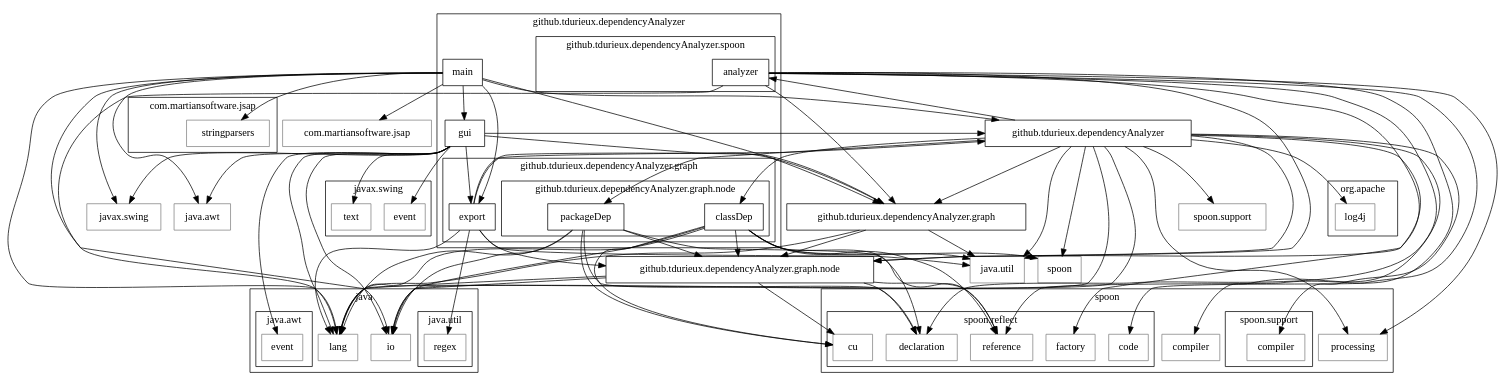
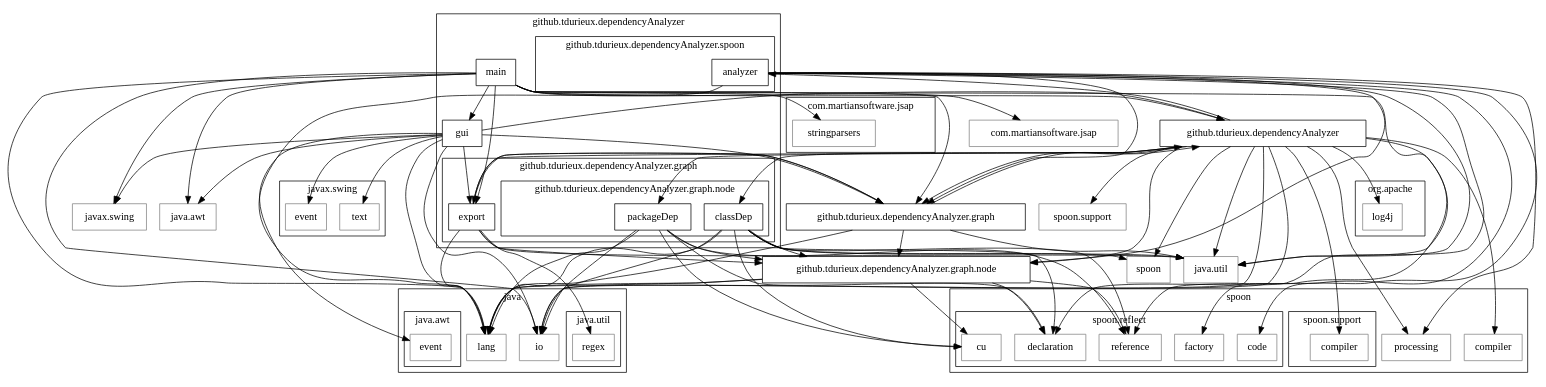
Before and after one commit to tdurieux/spoon-dependencies-analyzer: the diagram in examples/dependencyAnalyser-DependencyAnalyser.p2p.gv, drawn with Graphviz. The commit also changed 30 other files, not shown here.

```diff
--- a/examples/dependencyAnalyser-DependencyAnalyser.p2p.gv
+++ b/examples/dependencyAnalyser-DependencyAnalyser.p2p.gv
@@ -1,157 +1,160 @@
 digraph G {
 	node [shape=box]; compound=true; ratio=fill;
 	"spoon.support" [color=grey];
 	"javax.swing.text" [color=grey];
 	"org.apache.log4j" [color=grey];
 	"java.util" [color=grey];
 	"github.tdurieux.dependencyAnalyzer.graph.node" -> "java.lang";
 	"github.tdurieux.dependencyAnalyzer.graph.node" -> "spoon.reflect.declaration";
 	"github.tdurieux.dependencyAnalyzer.graph.node" -> "spoon.reflect.cu";
 	"github.tdurieux.dependencyAnalyzer.graph.node" -> "java.io";
 	"github.tdurieux.dependencyAnalyzer.graph.node" -> "spoon.reflect.reference";
 	"github.tdurieux.dependencyAnalyzer.main" -> "java.lang";
 	"github.tdurieux.dependencyAnalyzer.main" -> "github.tdurieux.dependencyAnalyzer.gui";
 	"github.tdurieux.dependencyAnalyzer.main" -> "javax.swing";
 	"github.tdurieux.dependencyAnalyzer.main" -> "java.awt";
 	"github.tdurieux.dependencyAnalyzer.main" -> "com.martiansoftware.jsap.stringparsers";
 	"github.tdurieux.dependencyAnalyzer.main" -> "com.martiansoftware.jsap";
 	"github.tdurieux.dependencyAnalyzer.main" -> "java.io";
 	"github.tdurieux.dependencyAnalyzer.main" -> "github.tdurieux.dependencyAnalyzer";
 	"github.tdurieux.dependencyAnalyzer.main" -> "github.tdurieux.dependencyAnalyzer.graph";
 	"github.tdurieux.dependencyAnalyzer.main" -> "github.tdurieux.dependencyAnalyzer.graph.export";
+	"github.tdurieux.dependencyAnalyzer.main" -> "java.util";
 	"spoon" [color=grey];
 	"com.martiansoftware.jsap" [color=grey];
 	"javax.swing" [color=grey];
 	"github.tdurieux.dependencyAnalyzer.graph.node.packageDep" -> "github.tdurieux.dependencyAnalyzer.graph.node";
 	"github.tdurieux.dependencyAnalyzer.graph.node.packageDep" -> "spoon.reflect.reference";
 	"github.tdurieux.dependencyAnalyzer.graph.node.packageDep" -> "java.lang";
 	"github.tdurieux.dependencyAnalyzer.graph.node.packageDep" -> "spoon.reflect.declaration";
 	"github.tdurieux.dependencyAnalyzer.graph.node.packageDep" -> "spoon.reflect.cu";
 	"github.tdurieux.dependencyAnalyzer.graph.node.packageDep" -> "java.io";
 	"java.io" [color=grey];
 	"spoon.reflect.code" [color=grey];
 	"com.martiansoftware.jsap.stringparsers" [color=grey];
 	"java.util.regex" [color=grey];
 	"java.lang" [color=grey];
 	"javax.swing.event" [color=grey];
 	"java.awt.event" [color=grey];
 	"github.tdurieux.dependencyAnalyzer.graph.node.classDep" -> "github.tdurieux.dependencyAnalyzer.graph.node";
 	"github.tdurieux.dependencyAnalyzer.graph.node.classDep" -> "spoon.reflect.reference";
 	"github.tdurieux.dependencyAnalyzer.graph.node.classDep" -> "spoon.reflect.declaration";
 	"github.tdurieux.dependencyAnalyzer.graph.node.classDep" -> "java.util";
 	"github.tdurieux.dependencyAnalyzer.graph.node.classDep" -> "java.lang";
 	"github.tdurieux.dependencyAnalyzer.graph.node.classDep" -> "spoon";
 	"github.tdurieux.dependencyAnalyzer.graph.node.classDep" -> "spoon.reflect.cu";
 	"github.tdurieux.dependencyAnalyzer.graph.node.classDep" -> "java.io";
 	"spoon.reflect.factory" [color=grey];
 	"java.awt" [color=grey];
 	"github.tdurieux.dependencyAnalyzer.graph.export" -> "github.tdurieux.dependencyAnalyzer.graph";
 	"github.tdurieux.dependencyAnalyzer.graph.export" -> "github.tdurieux.dependencyAnalyzer";
 	"github.tdurieux.dependencyAnalyzer.graph.export" -> "java.util";
 	"github.tdurieux.dependencyAnalyzer.graph.export" -> "java.lang";
 	"github.tdurieux.dependencyAnalyzer.graph.export" -> "java.util.regex";
 	"github.tdurieux.dependencyAnalyzer.graph.export" -> "github.tdurieux.dependencyAnalyzer.graph.node";
 	"spoon.compiler" [color=grey];
 	"spoon.reflect.cu" [color=grey];
 	"spoon.reflect.declaration" [color=grey];
 	"github.tdurieux.dependencyAnalyzer.graph" -> "java.util";
 	"github.tdurieux.dependencyAnalyzer.graph" -> "java.lang";
+	"github.tdurieux.dependencyAnalyzer.graph" -> "github.tdurieux.dependencyAnalyzer";
+	"github.tdurieux.dependencyAnalyzer.graph" -> "github.tdurieux.dependencyAnalyzer.graph.export";
 	"github.tdurieux.dependencyAnalyzer.graph" -> "github.tdurieux.dependencyAnalyzer.graph.node";
 	"github.tdurieux.dependencyAnalyzer.gui" -> "github.tdurieux.dependencyAnalyzer";
 	"github.tdurieux.dependencyAnalyzer.gui" -> "javax.swing";
 	"github.tdurieux.dependencyAnalyzer.gui" -> "java.lang";
 	"github.tdurieux.dependencyAnalyzer.gui" -> "java.awt";
 	"github.tdurieux.dependencyAnalyzer.gui" -> "javax.swing.text";
 	"github.tdurieux.dependencyAnalyzer.gui" -> "javax.swing.event";
 	"github.tdurieux.dependencyAnalyzer.gui" -> "java.awt.event";
 	"github.tdurieux.dependencyAnalyzer.gui" -> "java.io";
 	"github.tdurieux.dependencyAnalyzer.gui" -> "github.tdurieux.dependencyAnalyzer.graph";
 	"github.tdurieux.dependencyAnalyzer.gui" -> "github.tdurieux.dependencyAnalyzer.graph.export";
 	"spoon.support.compiler" [color=grey];
 	"github.tdurieux.dependencyAnalyzer.spoon.analyzer" -> "github.tdurieux.dependencyAnalyzer.graph";
 	"github.tdurieux.dependencyAnalyzer.spoon.analyzer" -> "github.tdurieux.dependencyAnalyzer.graph.node";
 	"github.tdurieux.dependencyAnalyzer.spoon.analyzer" -> "spoon.processing";
 	"github.tdurieux.dependencyAnalyzer.spoon.analyzer" -> "spoon.reflect.declaration";
 	"github.tdurieux.dependencyAnalyzer.spoon.analyzer" -> "java.util";
 	"github.tdurieux.dependencyAnalyzer.spoon.analyzer" -> "spoon.reflect.reference";
 	"github.tdurieux.dependencyAnalyzer.spoon.analyzer" -> "java.lang";
 	"github.tdurieux.dependencyAnalyzer.spoon.analyzer" -> "spoon.reflect.code";
 	"spoon.reflect.reference" [color=grey];
 	"github.tdurieux.dependencyAnalyzer" -> "java.util";
 	"github.tdurieux.dependencyAnalyzer" -> "java.lang";
 	"github.tdurieux.dependencyAnalyzer" -> "spoon.reflect.factory";
 	"github.tdurieux.dependencyAnalyzer" -> "spoon";
 	"github.tdurieux.dependencyAnalyzer" -> "java.io";
 	"github.tdurieux.dependencyAnalyzer" -> "spoon.support.compiler";
 	"github.tdurieux.dependencyAnalyzer" -> "spoon.compiler";
 	"github.tdurieux.dependencyAnalyzer" -> "spoon.processing";
 	"github.tdurieux.dependencyAnalyzer" -> "github.tdurieux.dependencyAnalyzer.graph";
 	"github.tdurieux.dependencyAnalyzer" -> "spoon.support";
 	"github.tdurieux.dependencyAnalyzer" -> "github.tdurieux.dependencyAnalyzer.spoon.analyzer";
 	"github.tdurieux.dependencyAnalyzer" -> "github.tdurieux.dependencyAnalyzer.graph.node.classDep";
 	"github.tdurieux.dependencyAnalyzer" -> "github.tdurieux.dependencyAnalyzer.graph.node";
 	"github.tdurieux.dependencyAnalyzer" -> "github.tdurieux.dependencyAnalyzer.graph.node.packageDep";
 	"github.tdurieux.dependencyAnalyzer" -> "org.apache.log4j";
 	"spoon.processing" [color=grey];
 	subgraph cluster0 { 
 		rankdir=LR;label="spoon";
 	subgraph cluster1 { 
 		rankdir=LR;label="spoon.support";
 		"spoon.support.compiler" [label="compiler"]
 	};
 	subgraph cluster2 { 
 		rankdir=LR;label="spoon.reflect";
 		"spoon.reflect.code" [label="code"]
 		"spoon.reflect.factory" [label="factory"]
 		"spoon.reflect.cu" [label="cu"]
 		"spoon.reflect.declaration" [label="declaration"]
 		"spoon.reflect.reference" [label="reference"]
 	};
 		"spoon.compiler" [label="compiler"]
 		"spoon.processing" [label="processing"]
 	};
 	subgraph cluster3 { 
 		rankdir=LR;label="javax.swing";
 		"javax.swing.text" [label="text"]
 		"javax.swing.event" [label="event"]
 	};
 	subgraph cluster4 { 
 		rankdir=LR;label="org.apache";
 		"org.apache.log4j" [label="log4j"]
 	};
 	subgraph cluster5 { 
 		rankdir=LR;label="java";
 	subgraph cluster6 { 
 		rankdir=LR;label="java.util";
 		"java.util.regex" [label="regex"]
 	};
 		"java.io" [label="io"]
 		"java.lang" [label="lang"]
 	subgraph cluster7 { 
 		rankdir=LR;label="java.awt";
 		"java.awt.event" [label="event"]
 	};
 	};
 	subgraph cluster8 { 
 		rankdir=LR;label="github.tdurieux.dependencyAnalyzer";
 	subgraph cluster9 { 
 		rankdir=LR;label="github.tdurieux.dependencyAnalyzer.graph";
 	subgraph cluster10 { 
 		rankdir=LR;label="github.tdurieux.dependencyAnalyzer.graph.node";
 		"github.tdurieux.dependencyAnalyzer.graph.node.packageDep" [label="packageDep"]
 		"github.tdurieux.dependencyAnalyzer.graph.node.classDep" [label="classDep"]
 	};
 		"github.tdurieux.dependencyAnalyzer.graph.export" [label="export"]
 	};
 		"github.tdurieux.dependencyAnalyzer.main" [label="main"]
 		"github.tdurieux.dependencyAnalyzer.gui" [label="gui"]
 	subgraph cluster11 { 
 		rankdir=LR;label="github.tdurieux.dependencyAnalyzer.spoon";
 		"github.tdurieux.dependencyAnalyzer.spoon.analyzer" [label="analyzer"]
 	};
 	};
 	subgraph cluster12 { 
 		rankdir=LR;label="com.martiansoftware.jsap";
 		"com.martiansoftware.jsap.stringparsers" [label="stringparsers"]
 	};
 }
```
